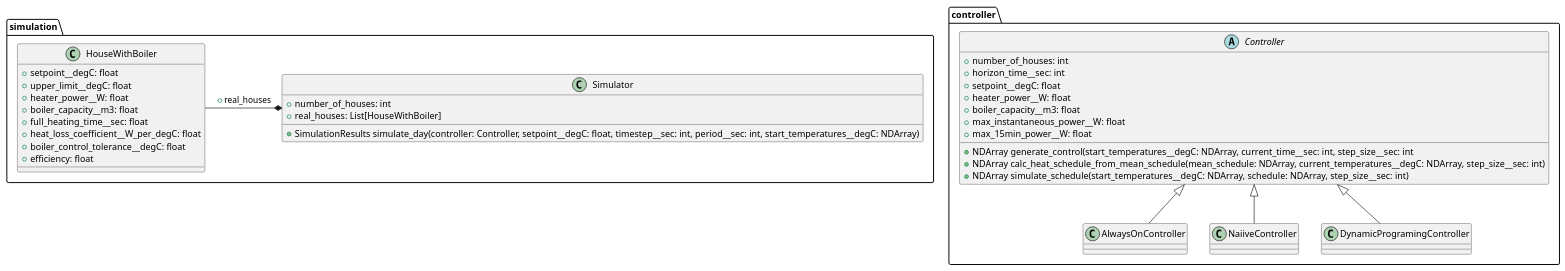
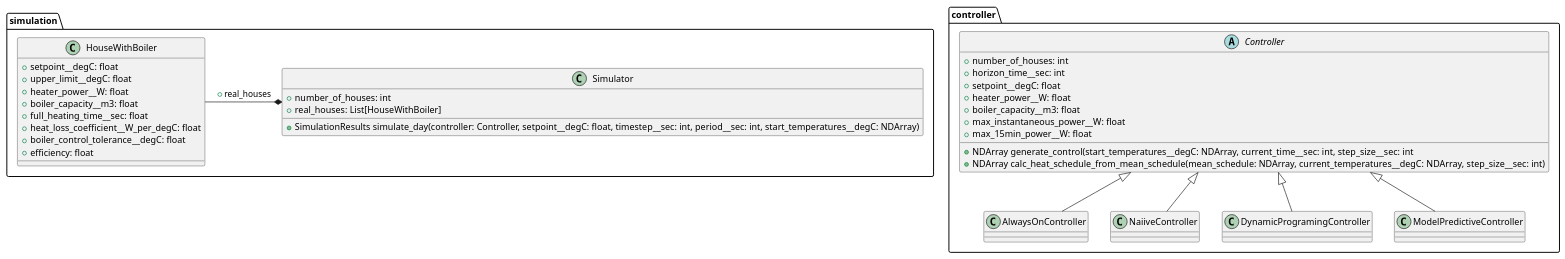
One commit to antontmoore/boilers_control changed the diagram in uml/classes_diagram.puml. Above: the diagram before and after it, drawn with PlantUML. The commit also changed 6 other files, not shown here.

```diff
--- a/uml/classes_diagram.puml
+++ b/uml/classes_diagram.puml
@@ -2,48 +2,49 @@
 @startuml
 
 package controller{
     abstract Controller{
         + number_of_houses: int
         + horizon_time__sec: int
         + setpoint__degC: float
         + heater_power__W: float
         + boiler_capacity__m3: float
         + max_instantaneous_power__W: float
         + max_15min_power__W: float
         + NDArray generate_control(start_temperatures__degC: NDArray, current_time__sec: int, step_size__sec: int
         + NDArray calc_heat_schedule_from_mean_schedule(mean_schedule: NDArray, current_temperatures__degC: NDArray, step_size__sec: int)
-        + NDArray simulate_schedule(start_temperatures__degC: NDArray, schedule: NDArray, step_size__sec: int)
     }
 
     class AlwaysOnController
     class NaiiveController
     class DynamicProgramingController
+    class ModelPredictiveController
 
     Controller <|-- AlwaysOnController
     Controller <|-- NaiiveController
     Controller <|-- DynamicProgramingController
+    Controller <|-- ModelPredictiveController
 }
 
 package simulation{
     class HouseWithBoiler{
          + setpoint__degC: float
          + upper_limit__degC: float
          + heater_power__W: float
          + boiler_capacity__m3: float
          + full_heating_time__sec: float
          + heat_loss_coefficient__W_per_degC: float
          + boiler_control_tolerance__degC: float
          + efficiency: float
     }
 
     class Simulator{
         + number_of_houses: int
         + real_houses: List[HouseWithBoiler]
         + SimulationResults simulate_day(controller: Controller, setpoint__degC: float, timestep__sec: int, period__sec: int, start_temperatures__degC: NDArray)
     }
 
     Simulator *-l- HouseWithBoiler : +real_houses
 
 }
 
 @enduml
```
